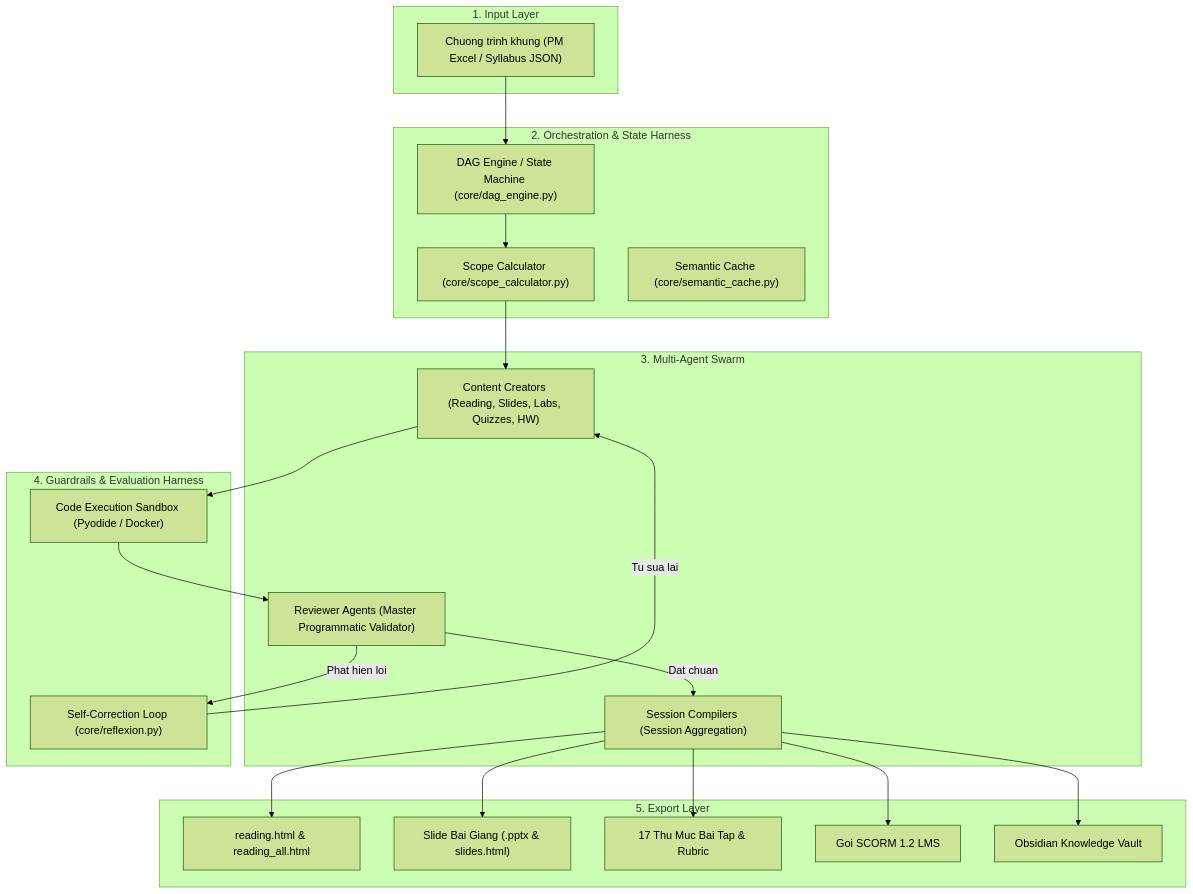
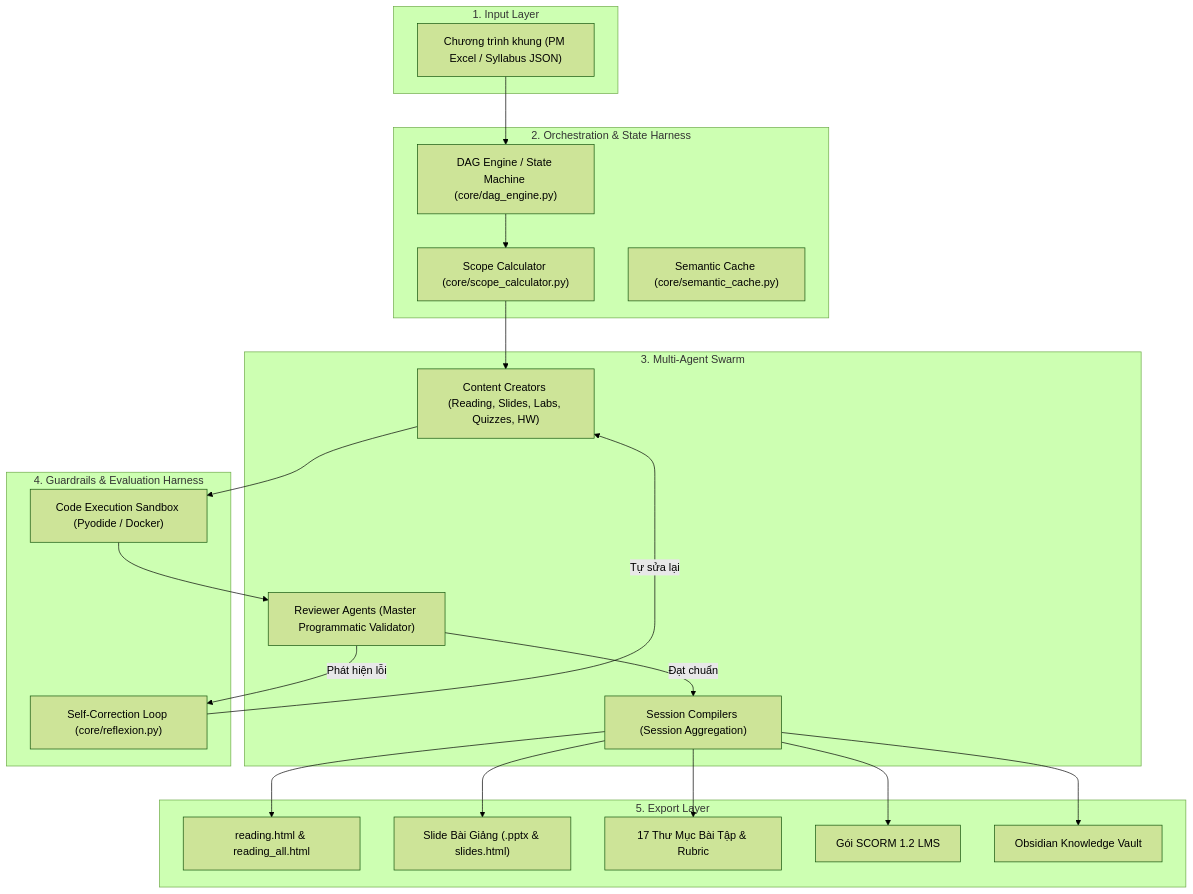
The diagram in README.md (ngoquy12/learning_material), drawn with Mermaid (forest theme) before and after one commit. The commit also changed other lines of this file and 5 other files, not shown here.

````diff
--- a/README.md
+++ b/README.md
@@ -50,45 +50,45 @@
 ```mermaid
 flowchart TD
     subgraph InputLayer ["1. Input Layer"]
-        PM["Chuong trinh khung (PM Excel / Syllabus JSON)"]
+        PM["Chương trình khung (PM Excel / Syllabus JSON)"]
     end
 
     subgraph HarnessOrchestrator ["2. Orchestration & State Harness"]
         DAG["DAG Engine / State Machine (core/dag_engine.py)"]
         Scope["Scope Calculator (core/scope_calculator.py)"]
         Cache["Semantic Cache (core/semantic_cache.py)"]
     end
 
     subgraph AgentSwarm ["3. Multi-Agent Swarm"]
         Creator["Content Creators (Reading, Slides, Labs, Quizzes, HW)"]
         Reviewer["Reviewer Agents (Master Programmatic Validator)"]
         Compiler["Session Compilers (Session Aggregation)"]
     end
 
     subgraph GuardrailsAndEvals ["4. Guardrails & Evaluation Harness"]
         Sandbox["Code Execution Sandbox (Pyodide / Docker)"]
         Reflexion["Self-Correction Loop (core/reflexion.py)"]
     end
 
     subgraph OutputLayer ["5. Export Layer"]
         ReadingOut["reading.html & reading_all.html"]
-        SlideOut["Slide Bai Giang (.pptx & slides.html)"]
-        HWOut["17 Thu Muc Bai Tap & Rubric"]
-        SCORMOut["Goi SCORM 1.2 LMS"]
+        SlideOut["Slide Bài Giảng (.pptx & slides.html)"]
+        HWOut["17 Thư Mục Bài Tập & Rubric"]
+        SCORMOut["Gói SCORM 1.2 LMS"]
         ObsidianOut["Obsidian Knowledge Vault"]
     end
 
     PM --> DAG
     DAG --> Scope
     Scope --> Creator
     Creator --> Sandbox
     Sandbox --> Reviewer
-    Reviewer -->|Phat hien loi| Reflexion
-    Reflexion -->|Tu sua lai| Creator
-    Reviewer -->|Dat chuan| Compiler
+    Reviewer -->|Phát hiện lỗi| Reflexion
+    Reflexion -->|Tự sửa lại| Creator
+    Reviewer -->|Đạt chuẩn| Compiler
     Compiler --> ReadingOut
     Compiler --> SlideOut
     Compiler --> HWOut
     Compiler --> SCORMOut
     Compiler --> ObsidianOut
 ```
````
